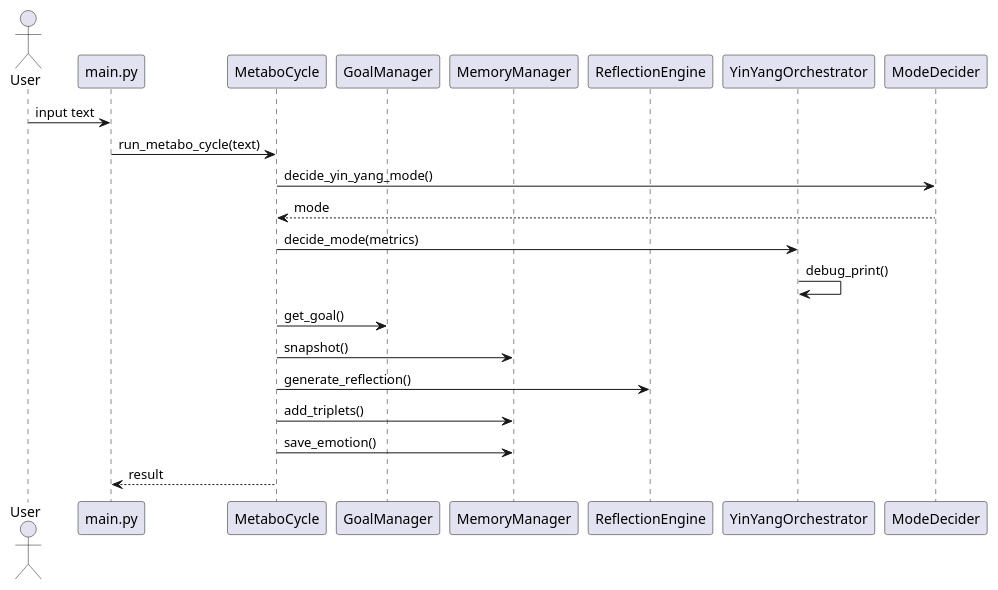
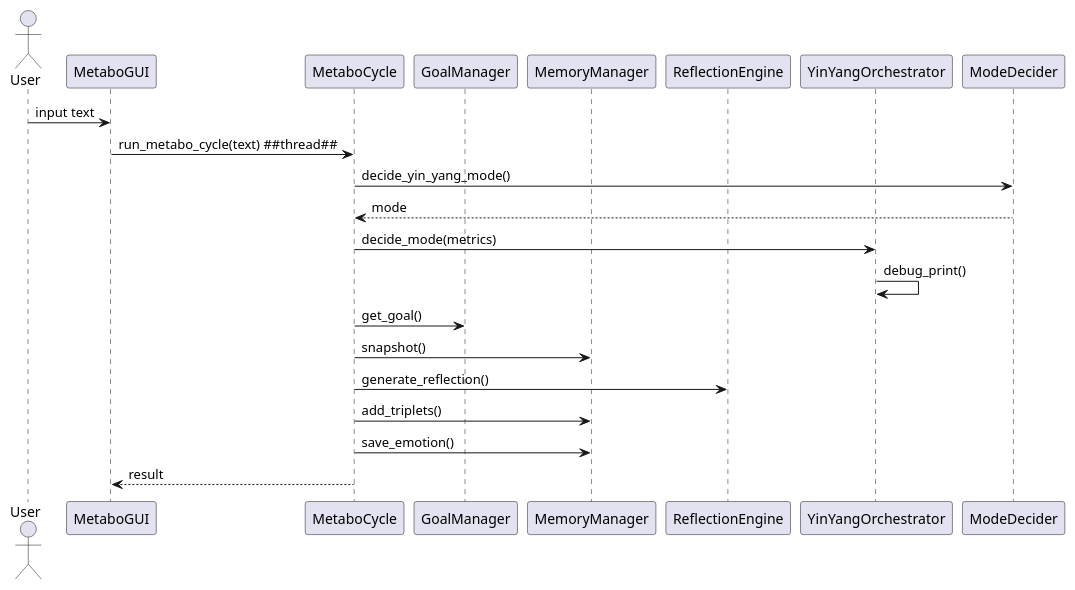
Before and after one commit to marcusreimold/MetaboMind: the diagram in doc/diagrams/sequence_diagram.puml, drawn with PlantUML. The commit also changed 3 other files, not shown here.

```diff
--- a/doc/diagrams/sequence_diagram.puml
+++ b/doc/diagrams/sequence_diagram.puml
@@ -1,22 +1,22 @@
 @startuml
 actor User
-participant "main.py" as Main
+participant MetaboGUI
 participant MetaboCycle
 participant GoalManager
 participant MemoryManager
 participant ReflectionEngine
 participant YinYangOrchestrator
 participant ModeDecider
-User -> Main: input text
-Main -> MetaboCycle: run_metabo_cycle(text)
+User -> MetaboGUI: input text
+MetaboGUI -> MetaboCycle: run_metabo_cycle(text) ##thread##
 MetaboCycle -> ModeDecider: decide_yin_yang_mode()
 ModeDecider --> MetaboCycle: mode
 MetaboCycle -> YinYangOrchestrator: decide_mode(metrics)
 YinYangOrchestrator -> YinYangOrchestrator: debug_print()
 MetaboCycle -> GoalManager: get_goal()
 MetaboCycle -> MemoryManager: snapshot()
 MetaboCycle -> ReflectionEngine: generate_reflection()
 MetaboCycle -> MemoryManager: add_triplets()
 MetaboCycle -> MemoryManager: save_emotion()
-MetaboCycle --> Main: result
+MetaboCycle --> MetaboGUI: result
 @enduml
```
